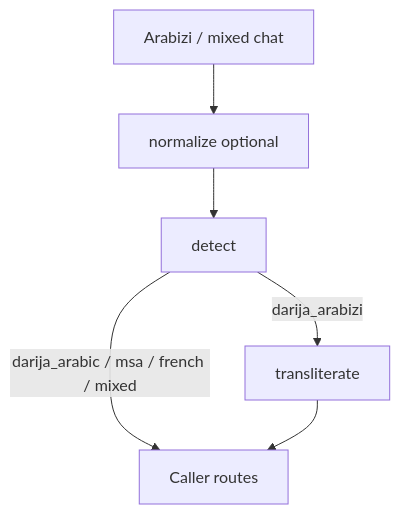
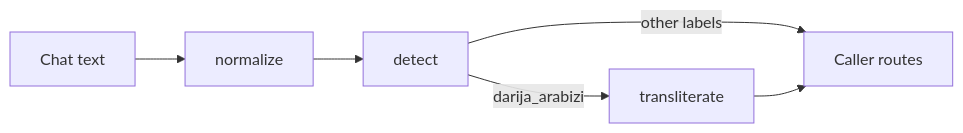
One commit to mohamedtaqysalmi/darija-toolkit changed the diagram in README.md. Above: the diagram before and after it, drawn with Mermaid. The commit also changed other lines of this file and 4 other files, not shown here.

````diff
--- a/README.md
+++ b/README.md
@@ -86,8 +98,8 @@
 ```mermaid
-flowchart TD
-  A[Arabizi / mixed chat] --> B[normalize optional]
-  B --> C[detect]
-  C -->|darija_arabizi| D[transliterate]
-  C -->|darija_arabic / msa / french / mixed| E[Caller routes]
-  D --> E
+flowchart LR
+  In[Chat text] --> Norm[normalize]
+  Norm --> Det[detect]
+  Det -->|darija_arabizi| Tr[transliterate]
+  Det -->|other labels| Out[Caller routes]
+  Tr --> Out
 ```
````
